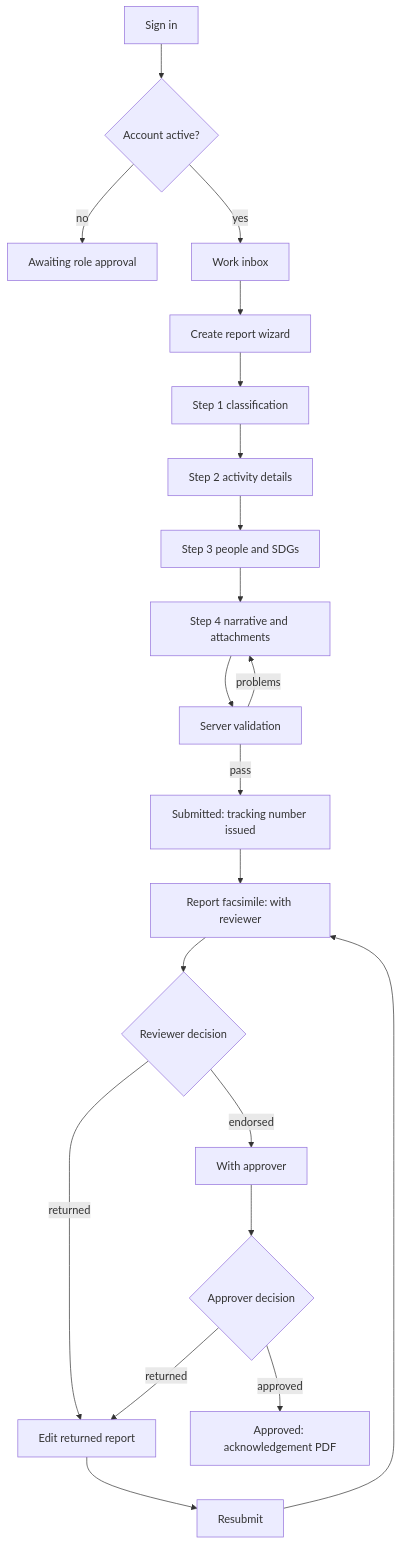
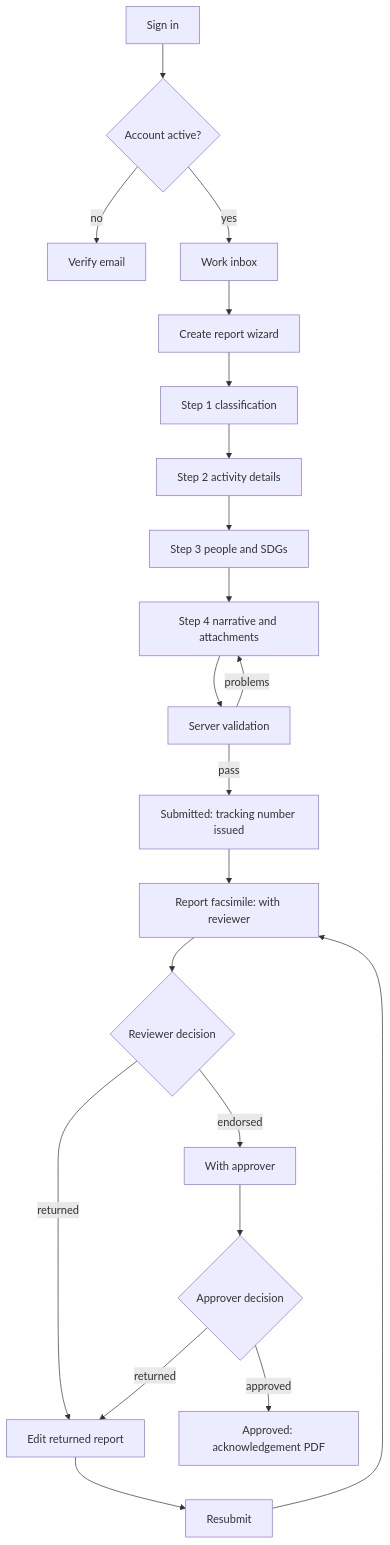
Before and after one commit to Drakaniia/ovpcasss_par: the diagram in docs/spec/ui/06-create-wizard.md, drawn with Mermaid. The commit also changed 20 other files, not shown here.

````diff
--- a/docs/spec/ui/06-create-wizard.md
+++ b/docs/spec/ui/06-create-wizard.md
@@ -291,23 +291,23 @@
 ```mermaid
 flowchart TD
   A[Sign in] --> B{Account active?}
-  B -- no --> C[Awaiting role approval]
+  B -- no --> C[Verify email]
   B -- yes --> D[Work inbox]
   D --> E[Create report wizard]
   E --> F[Step 1 classification]
   F --> G[Step 2 activity details]
   G --> H[Step 3 people and SDGs]
   H --> I[Step 4 narrative and attachments]
   I --> J[Server validation]
   J -- problems --> I
   J -- pass --> K[Submitted: tracking number issued]
   K --> L[Report facsimile: with reviewer]
   L --> M{Reviewer decision}
   M -- returned --> N[Edit returned report]
   N --> O[Resubmit]
   O --> L
   M -- endorsed --> P[With approver]
   P --> Q{Approver decision}
   Q -- returned --> N
   Q -- approved --> R[Approved: acknowledgement PDF]
 ```
````
